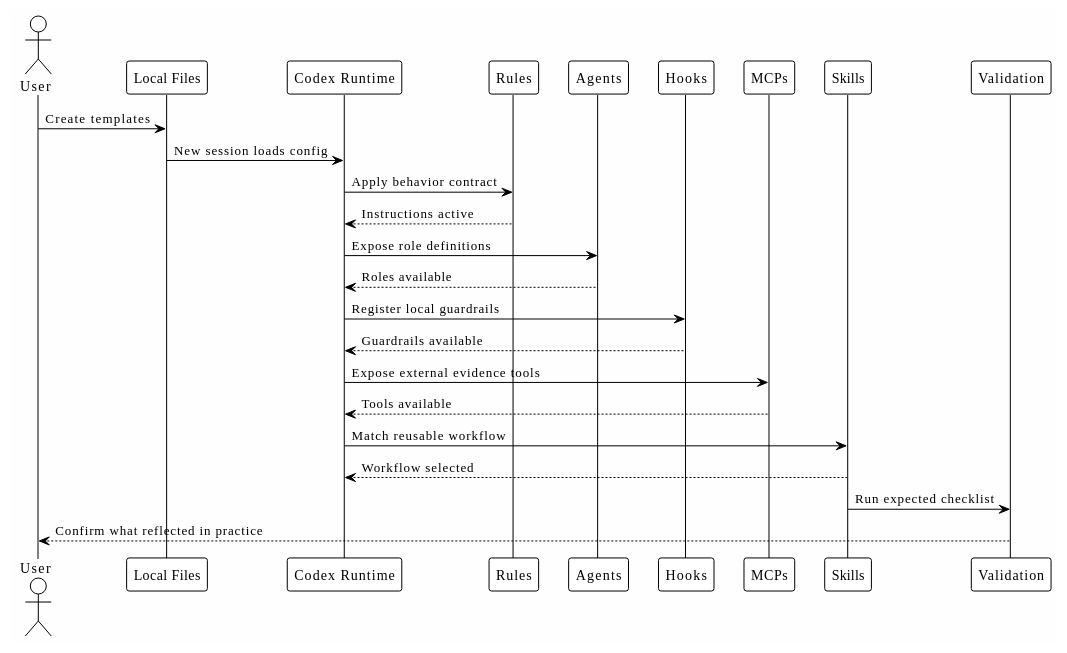
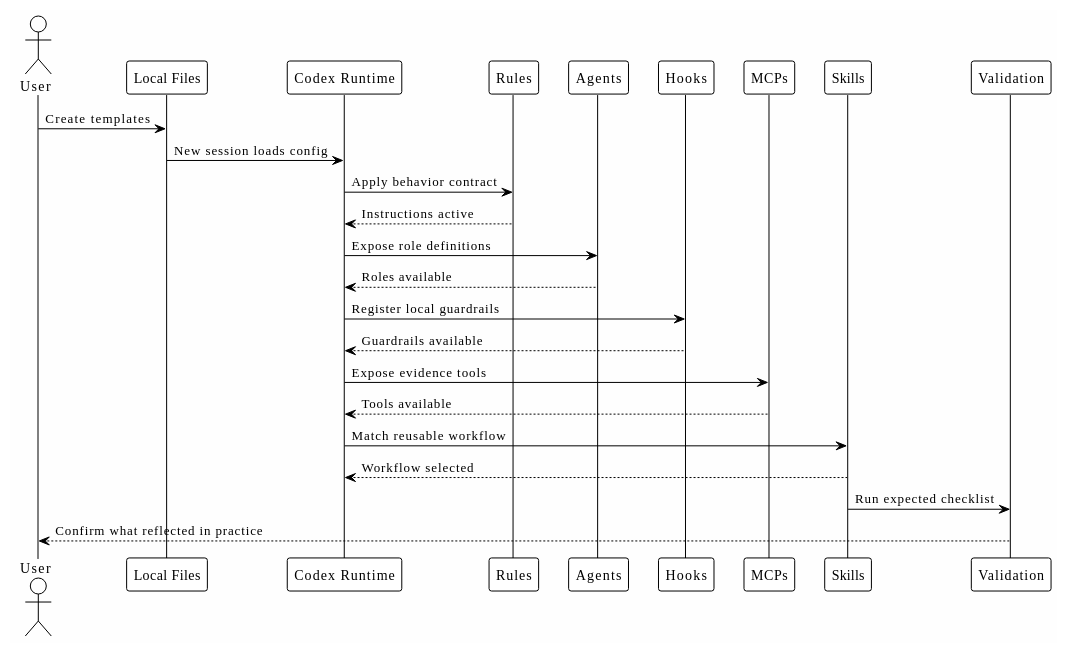
Before and after one commit to ivanhoinacki/codex-workflow-workbook: the diagram in docs/09-local-configuration-hands-on.md, drawn with PlantUML. The commit also changed other lines of this file and 39 other files, not shown here.

````diff
--- a/docs/09-local-configuration-hands-on.md
+++ b/docs/09-local-configuration-hands-on.md
@@ -36,31 +36,31 @@
 ```plantuml
 @startuml
 !theme plain
 skinparam backgroundColor #FEFEFE
 
 actor User
 participant "Local Files" as Files
 participant "Codex Runtime" as Codex
 participant Rules
 participant Agents
 participant Hooks
 participant MCPs
 participant Skills
 participant Validation
 
 User -> Files: Create templates
 Files -> Codex: New session loads config
 Codex -> Rules: Apply behavior contract
 Rules --> Codex: Instructions active
 Codex -> Agents: Expose role definitions
 Agents --> Codex: Roles available
 Codex -> Hooks: Register local guardrails
 Hooks --> Codex: Guardrails available
-Codex -> MCPs: Expose external evidence tools
+Codex -> MCPs: Expose evidence tools
 MCPs --> Codex: Tools available
 Codex -> Skills: Match reusable workflow
 Skills --> Codex: Workflow selected
 Skills -> Validation: Run expected checklist
 Validation --> User: Confirm what reflected in practice
 @enduml
 ```
````
